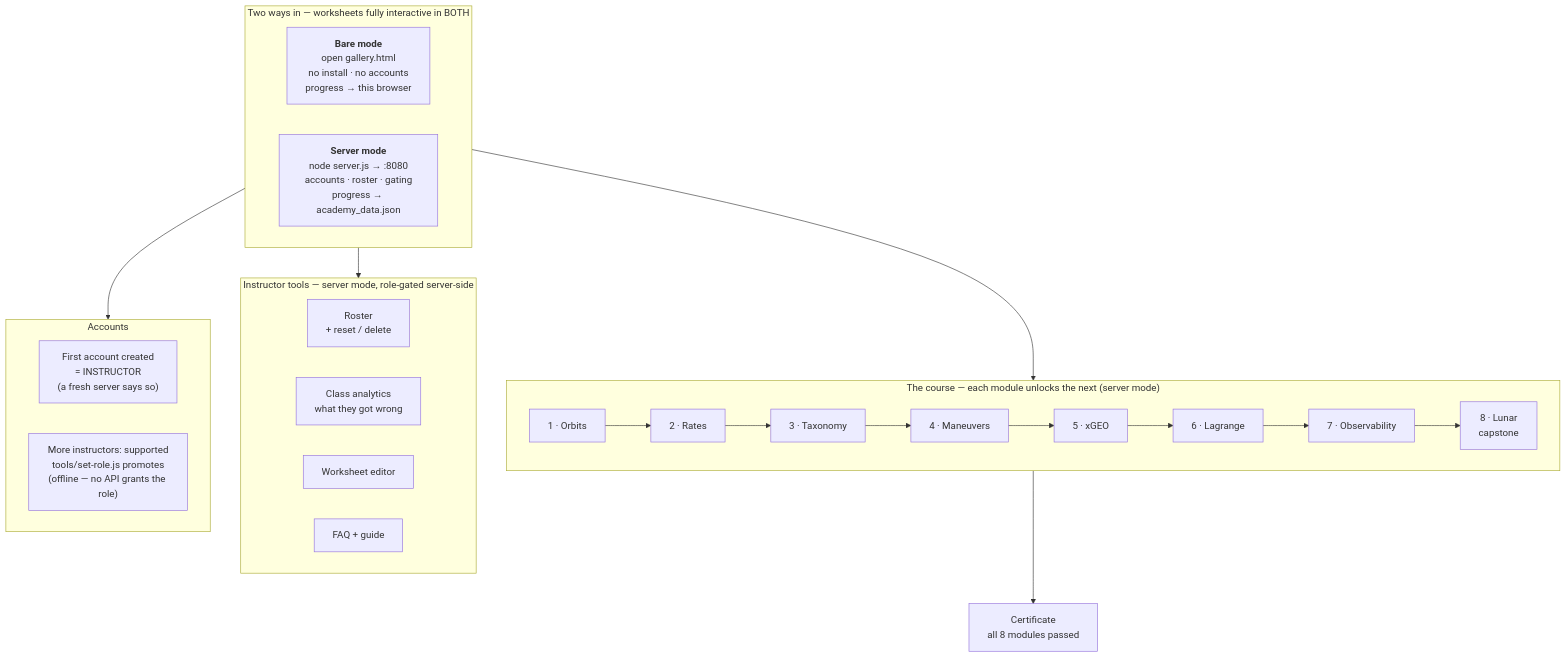
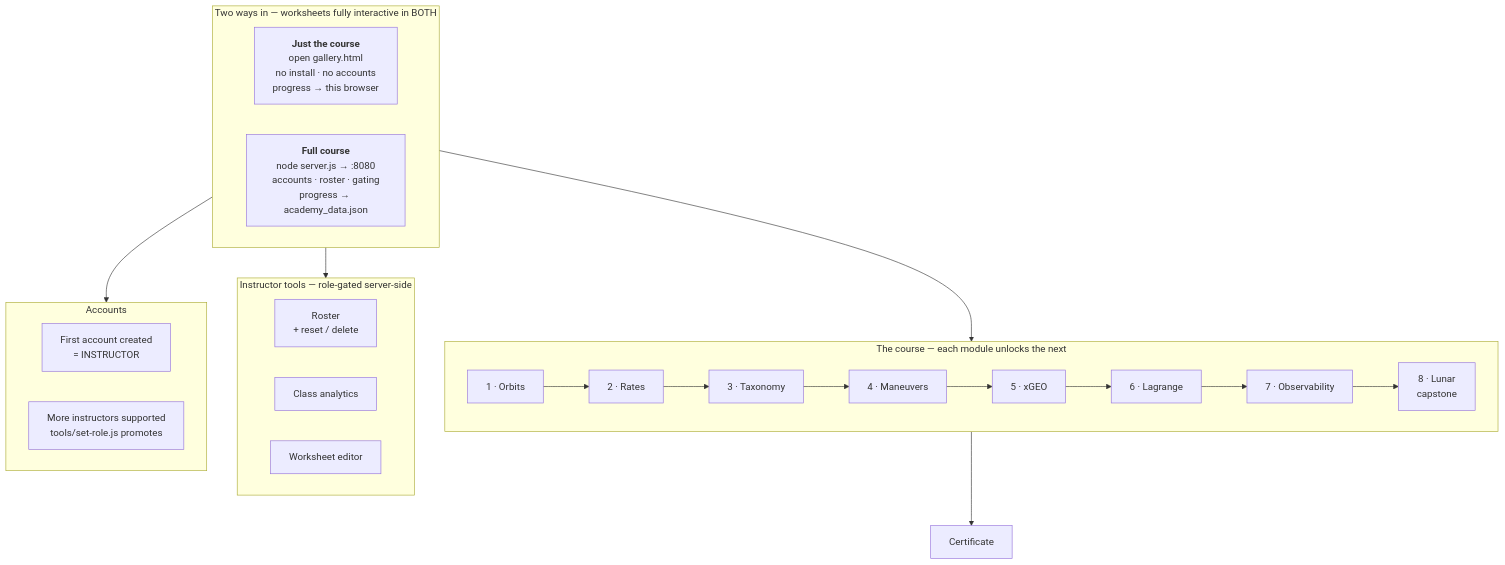
One commit to JASONSS26/orbit-academy changed the diagram in README.md. Above: the diagram before and after it, drawn with Mermaid. The commit also changed other lines of this file, not shown here.

First line of the commit message:
v5.2 — course management, two editions, terse README

````diff
--- a/README.md
+++ b/README.md
@@ -63,36 +95,28 @@
 ```mermaid
 flowchart TB
   subgraph entry["Two ways in — worksheets fully interactive in BOTH"]
     direction LR
-    B["<b>Bare mode</b><br/>open gallery.html<br/>no install · no accounts<br/>progress → this browser"]
-    S["<b>Server mode</b><br/>node server.js → :8080<br/>accounts · roster · gating<br/>progress → academy_data.json"]
+    B["<b>Just the course</b><br/>open gallery.html<br/>no install · no accounts<br/>progress → this browser"]
+    S["<b>Full course</b><br/>node server.js → :8080<br/>accounts · roster · gating<br/>progress → academy_data.json"]
   end
-
   entry --> C
-
-  subgraph C["The course — each module unlocks the next (server mode)"]
+  subgraph C["The course — each module unlocks the next"]
     direction LR
     M1["1 · Orbits"] --> M2["2 · Rates"] --> M3["3 · Taxonomy"] --> M4["4 · Maneuvers"]
     M4 --> M5["5 · xGEO"] --> M6["6 · Lagrange"] --> M7["7 · Observability"] --> M8["8 · Lunar<br/>capstone"]
   end
-
-  C --> CERT["Certificate<br/>all 8 modules passed"]
-
-  subgraph T["Instructor tools — server mode, role-gated server-side"]
+  C --> CERT["Certificate"]
+  subgraph T["Instructor tools — role-gated server-side"]
     direction LR
     R["Roster<br/>+ reset / delete"]
-    A["Class analytics<br/>what they got wrong"]
+    A["Class analytics"]
     E["Worksheet editor"]
-    F["FAQ + guide"]
   end
-
   S --> T
-
   subgraph ROLE["Accounts"]
     direction LR
-    RA["First account created<br/>= INSTRUCTOR<br/>(a fresh server says so)"]
-    RB["More instructors: supported<br/>tools/set-role.js promotes<br/>(offline — no API grants the role)"]
+    RA["First account created<br/>= INSTRUCTOR"]
+    RB["More instructors supported<br/>tools/set-role.js promotes"]
   end
-
   S --> ROLE
 ```
````
